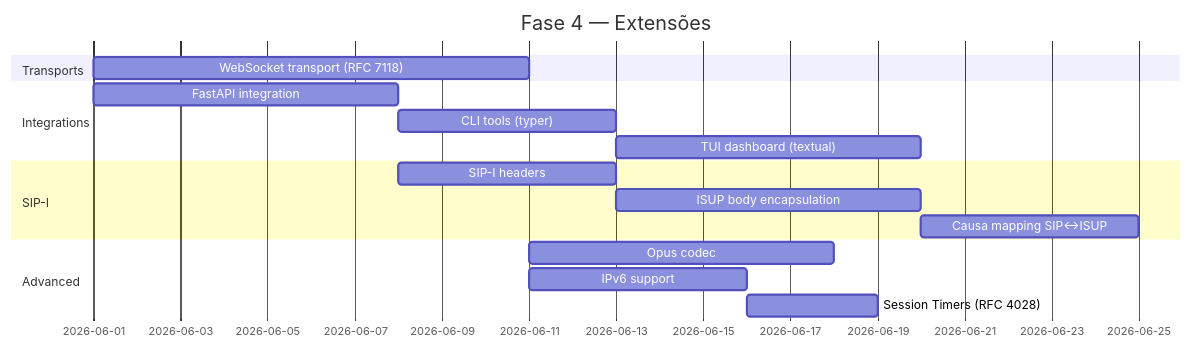
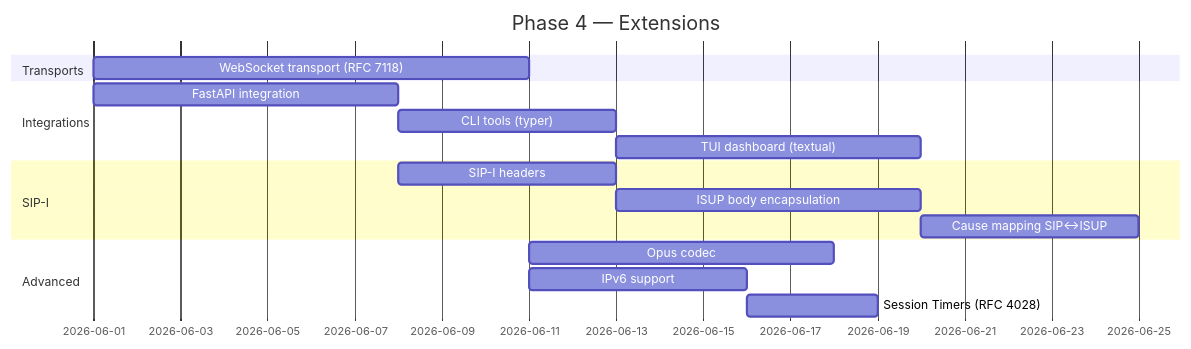
One commit to oornnery/sipx changed diagram 16 of 16 in docs/SDD.md. Above: the diagram before and after it, drawn with Mermaid. The commit also changed other lines of this file and 3 other files, not shown here.

````diff
--- a/docs/SDD.md
+++ b/docs/SDD.md
@@ -937,19 +939,19 @@
 ```mermaid
 gantt
-    title Fase 4 — Extensões
+    title Phase 4 — Extensions
     dateFormat YYYY-MM-DD
     section Transports
         WebSocket transport (RFC 7118)           :w1, 2026-06-01, 10d
     section Integrations
         FastAPI integration                      :f1, 2026-06-01, 7d
         CLI tools (typer)                        :c1, after f1, 5d
         TUI dashboard (textual)                  :c2, after c1, 7d
     section SIP-I
         SIP-I headers                            :s1, after f1, 5d
         ISUP body encapsulation                  :s2, after s1, 7d
-        Causa mapping SIP↔ISUP                   :s3, after s2, 5d
+        Cause mapping SIP↔ISUP                   :s3, after s2, 5d
     section Advanced
         Opus codec                               :o1, after w1, 7d
         IPv6 support                             :v6, after w1, 5d
         Session Timers (RFC 4028)                :st, after v6, 3d
 ```
````
